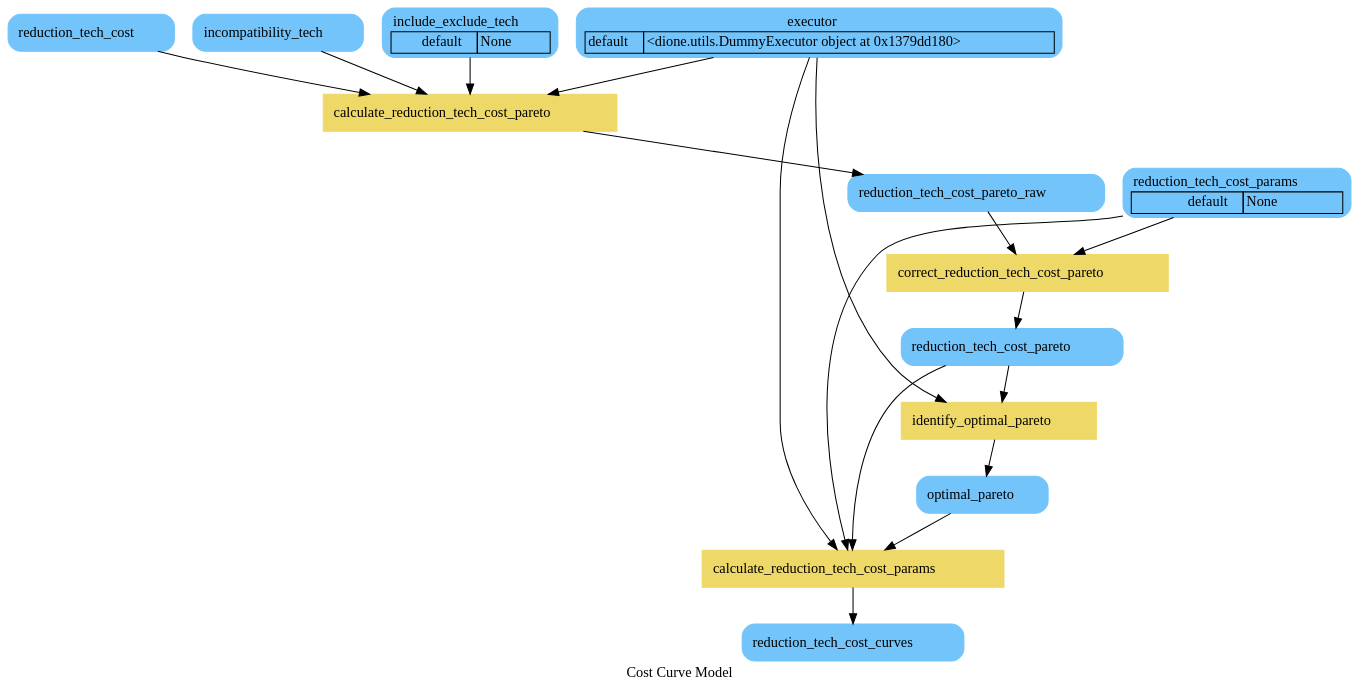
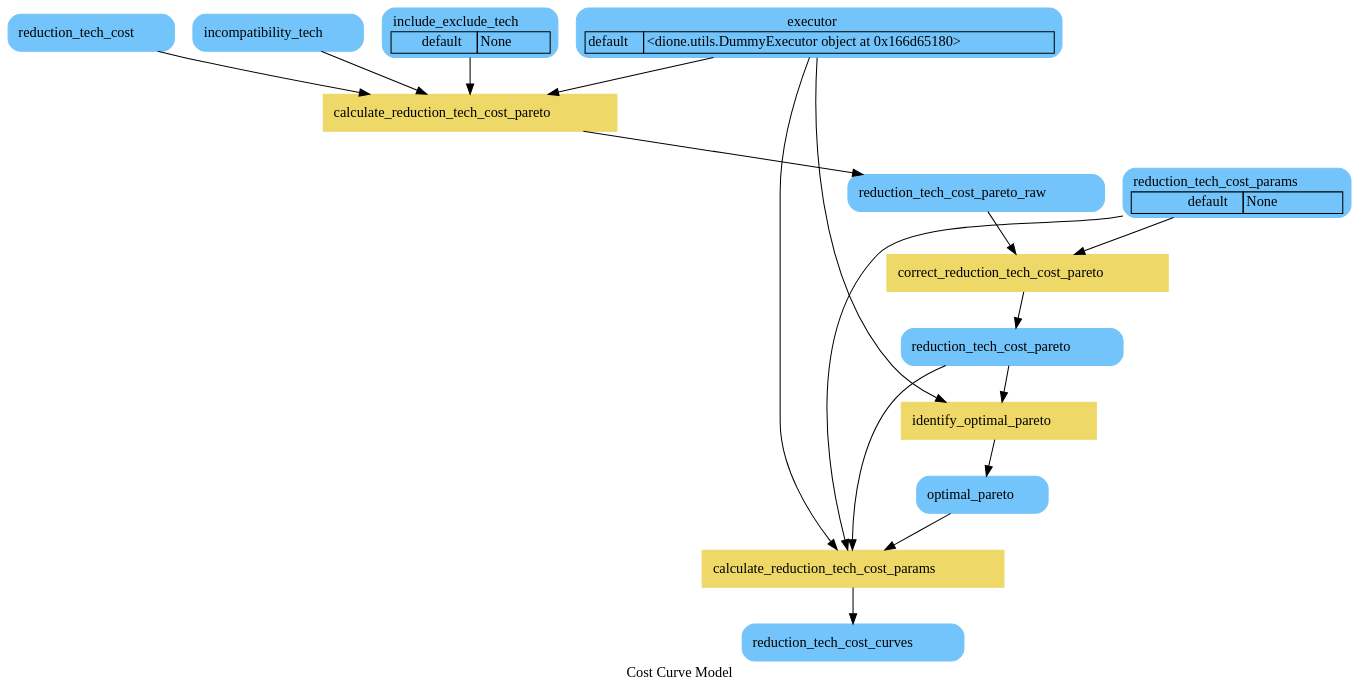
The diagram in docs/_images/dispatcher-275b782165120950ccf8b41a78fd11e0c8c08461/Cost_Curve_Model.gv (JRCSTU/DIONE), drawn with Graphviz before and after one commit. The commit also changed 5 other files, not shown here.

```diff
--- a/docs/_images/dispatcher-275b782165120950ccf8b41a78fd11e0c8c08461/Cost_Curve_Model.gv
+++ b/docs/_images/dispatcher-275b782165120950ccf8b41a78fd11e0c8c08461/Cost_Curve_Model.gv
@@ -1,34 +1,34 @@
 digraph dmap {
 	graph [bgcolor=transparent nslimit=1 nslimit1=1]
 	node [style=filled]
 	label = "Cost Curve Model"
 	0 [label=<<TABLE border="0" cellspacing="0" color="black"><TR><TD border="0" colspan="2" href="./Cost_Curve_Model/calculate_reduction_tech_cost_pareto.html">calculate_reduction_tech_cost_pareto</TD></TR></TABLE>> color="#eed867" fillcolor="#eed867" id=0 ordering=in shape=box tooltip="\"Finds the best technology combinations that maximize the reduction     minimizing the implementation cost.\""]
 	1 [label=<<TABLE border="0" cellspacing="0" color="black"><TR><TD border="0" colspan="2">reduction_tech_cost</TD></TR></TABLE>> color="#73c4fa" fillcolor="#73c4fa" id=1 shape=box style="rounded,filled" tooltip="\"List of technology reduction and implementation cost for each         powertrain, segment, and registration_year year.\""]
 	2 [label=<<TABLE border="0" cellspacing="0" color="black"><TR><TD border="0" colspan="2">incompatibility_tech</TD></TR></TABLE>> color="#73c4fa" fillcolor="#73c4fa" id=2 shape=box style="rounded,filled" tooltip="\"Matrix of incompatible technologies.\""]
 	3 [label=<<TABLE border="0" cellspacing="0" color="black"><TR><TD border="0" colspan="2">include_exclude_tech</TD></TR><TR><TD align="RIGHT" border="1">default</TD><TD align="LEFT" border="1">None</TD></TR></TABLE>> color="#73c4fa" fillcolor="#73c4fa" id=3 shape=box style="rounded,filled" tooltip="\"List of technologies to be included (forced) or excluded from the         optimization process defined for each powertrain, segment, and         registration_year year.\""]
-	4 [label=<<TABLE border="0" cellspacing="0" color="black"><TR><TD border="0" colspan="2">executor</TD></TR><TR><TD align="RIGHT" border="1">default</TD><TD align="LEFT" border="1">&lt;dione.utils.DummyExecutor object at 0x1379dd180&gt;</TD></TR></TABLE>> color="#73c4fa" fillcolor="#73c4fa" id=4 shape=box style="rounded,filled" tooltip="\"Parallel executor.\""]
+	4 [label=<<TABLE border="0" cellspacing="0" color="black"><TR><TD border="0" colspan="2">executor</TD></TR><TR><TD align="RIGHT" border="1">default</TD><TD align="LEFT" border="1">&lt;dione.utils.DummyExecutor object at 0x166d65180&gt;</TD></TR></TABLE>> color="#73c4fa" fillcolor="#73c4fa" id=4 shape=box style="rounded,filled" tooltip="\"Parallel executor.\""]
 	5 [label=<<TABLE border="0" cellspacing="0" color="black"><TR><TD border="0" colspan="2">reduction_tech_cost_pareto_raw</TD></TR></TABLE>> color="#73c4fa" fillcolor="#73c4fa" id=5 shape=box style="rounded,filled" tooltip="\"Best technology combinations that maximize the reduction minimizing         the implementation cost.\""]
 	6 [label=<<TABLE border="0" cellspacing="0" color="black"><TR><TD border="0" colspan="2" href="./Cost_Curve_Model/correct_reduction_tech_cost_pareto.html">correct_reduction_tech_cost_pareto</TD></TR></TABLE>> color="#eed867" fillcolor="#eed867" id=6 ordering=in shape=box tooltip="\"Corrects the pareto points.\""]
 	7 [label=<<TABLE border="0" cellspacing="0" color="black"><TR><TD border="0" colspan="2">reduction_tech_cost_params</TD></TR><TR><TD align="RIGHT" border="1">default</TD><TD align="LEFT" border="1">None</TD></TR></TABLE>> color="#73c4fa" fillcolor="#73c4fa" id=7 shape=box style="rounded,filled" tooltip="\"Configuration parameters for reduction cost curves.\""]
 	8 [label=<<TABLE border="0" cellspacing="0" color="black"><TR><TD border="0" colspan="2">reduction_tech_cost_pareto</TD></TR></TABLE>> color="#73c4fa" fillcolor="#73c4fa" id=8 shape=box style="rounded,filled" tooltip="\"Corrected technology combinations that maximize the reduction         minimizing the implementation cost.\""]
 	9 [label=<<TABLE border="0" cellspacing="0" color="black"><TR><TD border="0" colspan="2" href="./Cost_Curve_Model/identify_optimal_pareto.html">identify_optimal_pareto</TD></TR></TABLE>> color="#eed867" fillcolor="#eed867" id=9 ordering=in shape=box tooltip="\"Identifies the optimal pareto front of technology combinations that maximize     the reduction minimizing the implementation cost.\""]
 	10 [label=<<TABLE border="0" cellspacing="0" color="black"><TR><TD border="0" colspan="2">optimal_pareto</TD></TR></TABLE>> color="#73c4fa" fillcolor="#73c4fa" id=10 shape=box style="rounded,filled" tooltip="\"Optimal pareto front of technology combinations that maximize the CO2         reduction minimizing the implementation cost.\""]
 	11 [label=<<TABLE border="0" cellspacing="0" color="black"><TR><TD border="0" colspan="2" href="./Cost_Curve_Model/calculate_reduction_tech_cost_params.html">calculate_reduction_tech_cost_params</TD></TR></TABLE>> color="#eed867" fillcolor="#eed867" id=11 ordering=in shape=box tooltip="\"Fits the parameters of reduction/Cost curves.\""]
 	12 [label=<<TABLE border="0" cellspacing="0" color="black"><TR><TD border="0" colspan="2">reduction_tech_cost_curves</TD></TR></TABLE>> color="#73c4fa" fillcolor="#73c4fa" id=12 shape=box style="rounded,filled" tooltip="\"Parameters of reduction/Cost curves.\""]
 	0 -> 5
 	1 -> 0
 	2 -> 0
 	3 -> 0
 	4 -> 0
 	4 -> 9
 	4 -> 11
 	5 -> 6
 	6 -> 8
 	7 -> 6
 	7 -> 11
 	8 -> 9
 	8 -> 11
 	9 -> 10
 	10 -> 11
 	11 -> 12
 }
```
